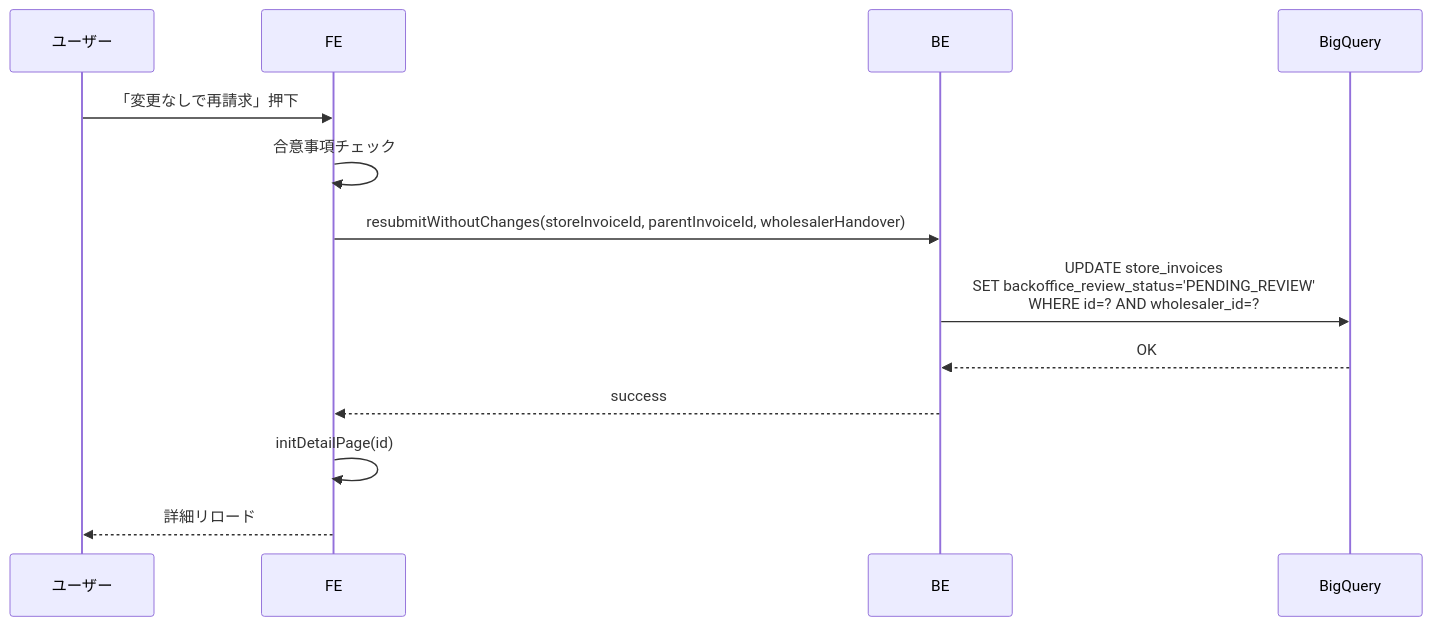
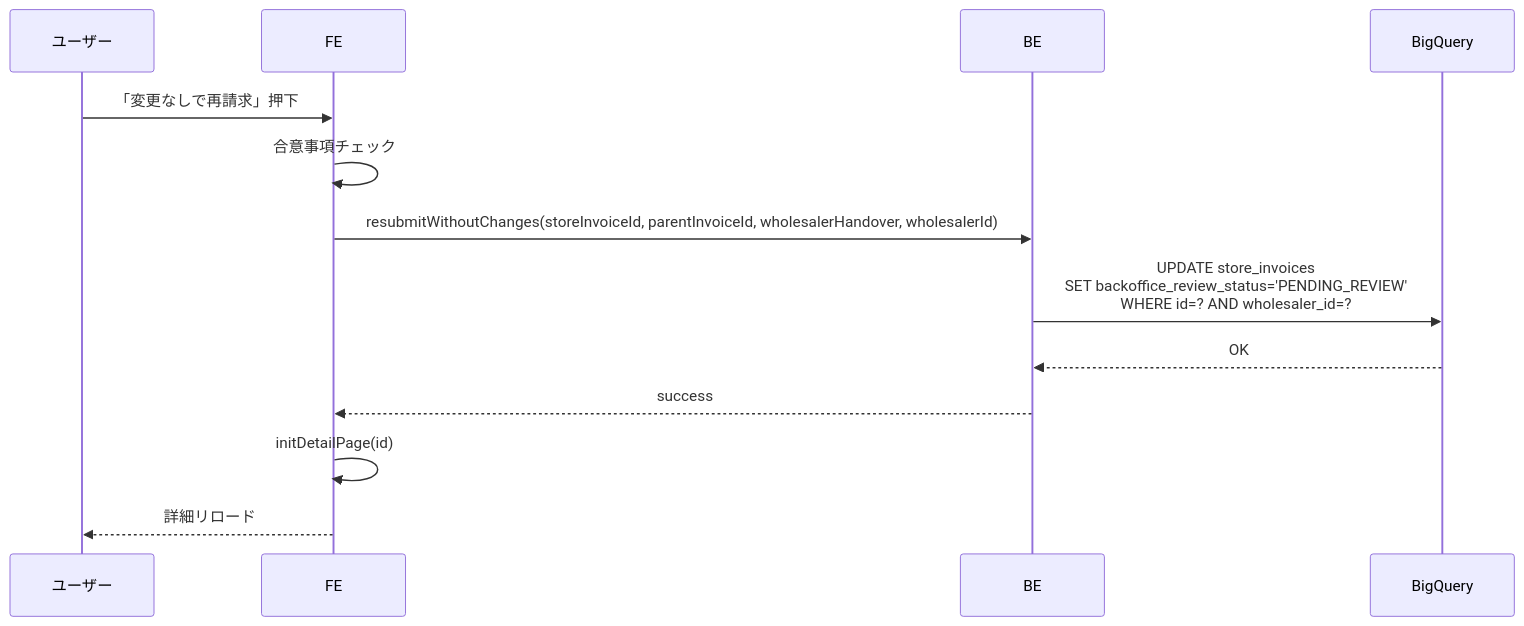
One commit to USEN-PAY-Products/connect-wholesale-gas-poc changed the tenth of 17 diagrams in docs/specifications/04_detail_page.md. Above: the diagram before and after it, drawn with Mermaid. The commit also changed other lines of this file and 8 other files, not shown here.

````diff
--- a/docs/specifications/04_detail_page.md
+++ b/docs/specifications/04_detail_page.md
@@ -305,16 +305,16 @@
 ```mermaid
 sequenceDiagram
     participant U as ユーザー
     participant FE as FE
     participant BE as BE
     participant BQ as BigQuery
 
     U->>FE: 「変更なしで再請求」押下
     FE->>FE: 合意事項チェック
-    FE->>BE: resubmitWithoutChanges(storeInvoiceId, parentInvoiceId, wholesalerHandover)
+    FE->>BE: resubmitWithoutChanges(storeInvoiceId, parentInvoiceId, wholesalerHandover, wholesalerId)
     BE->>BQ: UPDATE store_invoices<br/>SET backoffice_review_status='PENDING_REVIEW'<br/>WHERE id=? AND wholesaler_id=?
     BQ-->>BE: OK
     BE-->>FE: success
     FE->>FE: initDetailPage(id)
     FE-->>U: 詳細リロード
 ```
````
